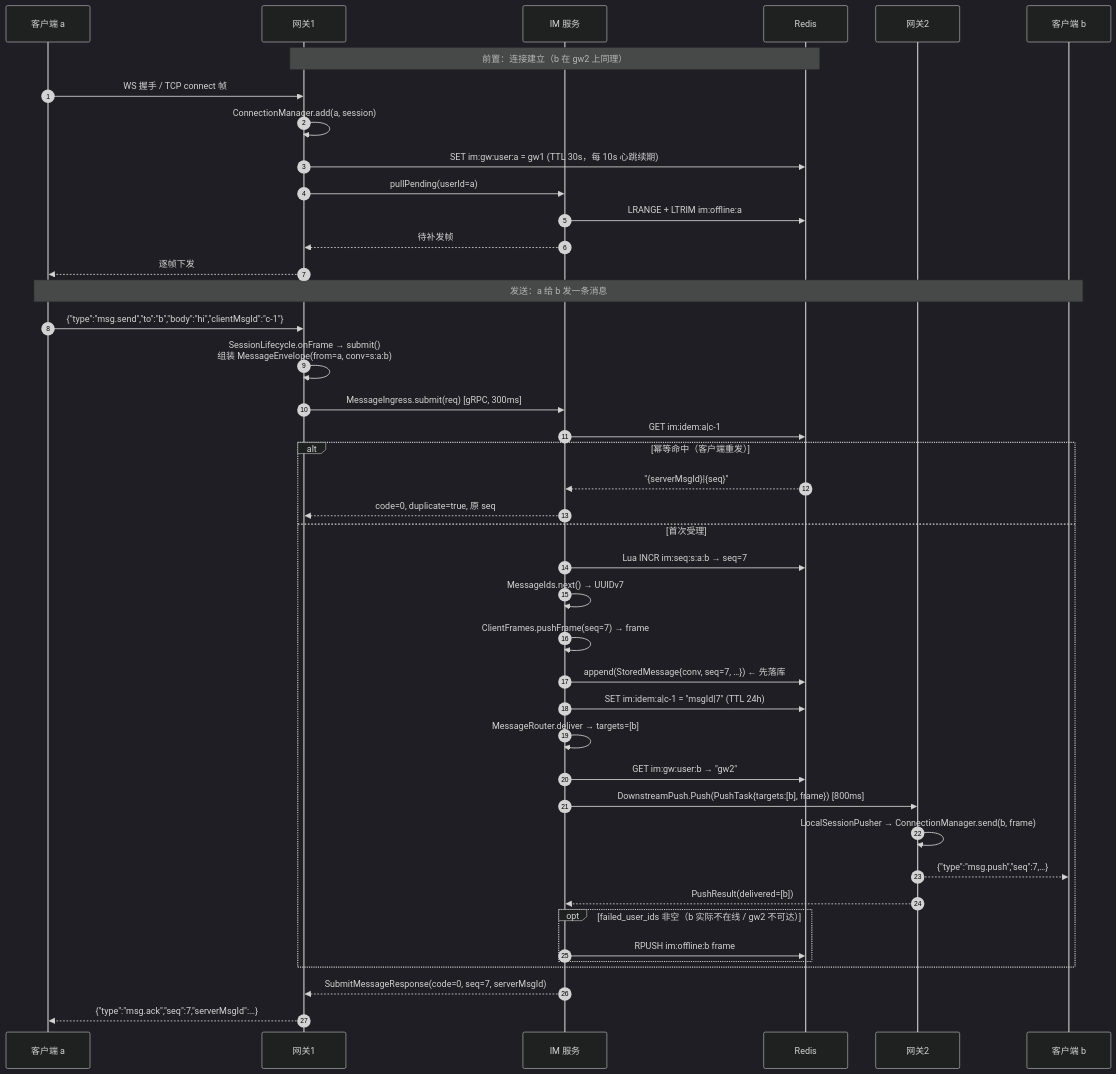
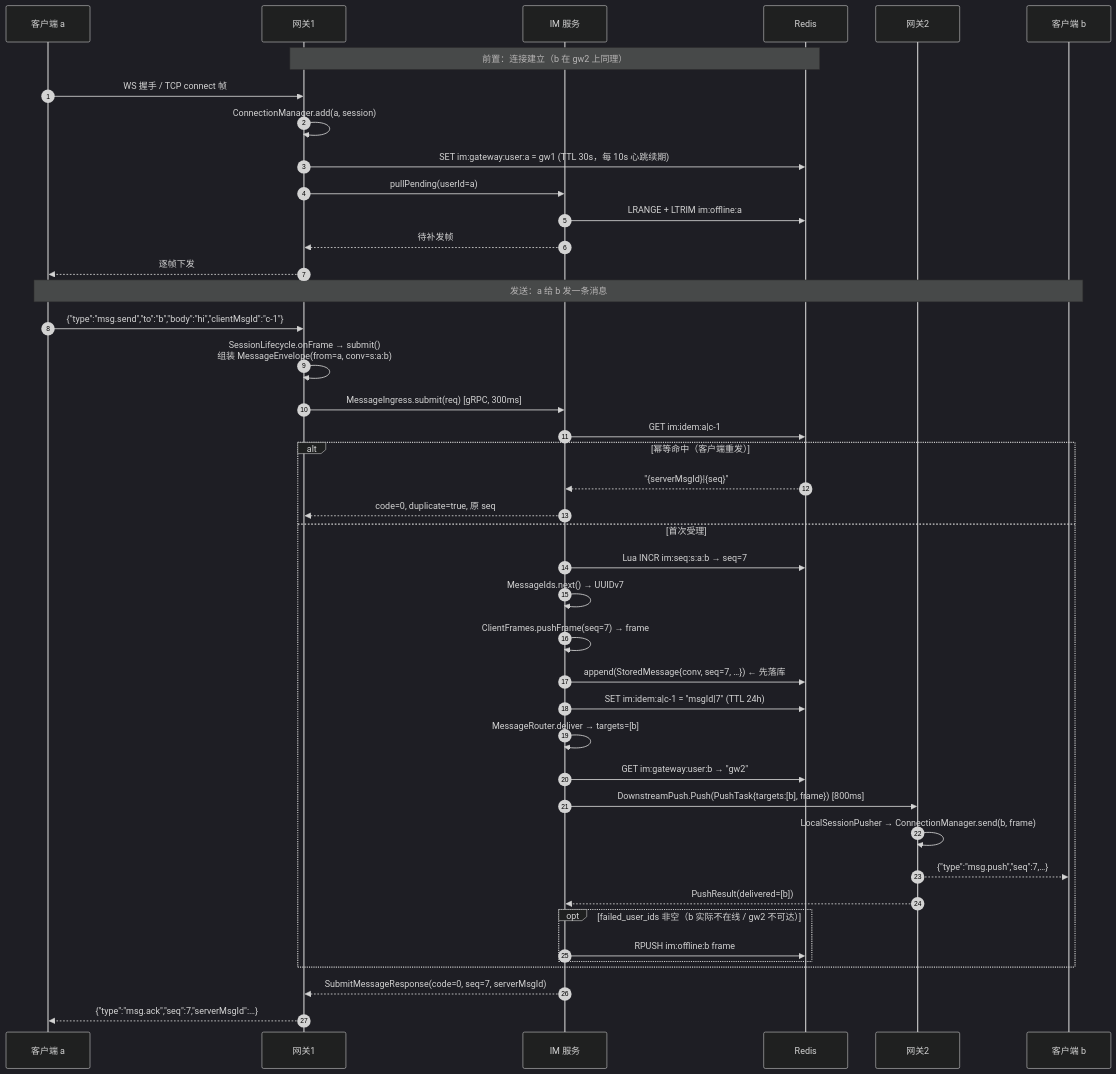
Before and after one commit to zhao-ru-jie/im-cluster: the diagram in docx/消息投递调用流程.md, drawn with Mermaid (dark theme). The commit also changed other lines of this file and 6 other files, not shown here.

Commit message:
refactor: 在线路由 key 统一为 im:gateway:user:（不兼容变更，需一次性切换）

````diff
--- a/docx/消息投递调用流程.md
+++ b/docx/消息投递调用流程.md
@@ -67,46 +67,46 @@
 ```mermaid
 sequenceDiagram
     autonumber
     participant A as 客户端 a
     participant GW1 as 网关1
     participant IM as IM 服务
     participant R as Redis
     participant GW2 as 网关2
     participant B as 客户端 b
 
     Note over GW1,R: 前置：连接建立（b 在 gw2 上同理）
     A->>GW1: WS 握手 / TCP connect 帧
     GW1->>GW1: ConnectionManager.add(a, session)
-    GW1->>R: SET im:gw:user:a = gw1 (TTL 30s，每 10s 心跳续期)
+    GW1->>R: SET im:gateway:user:a = gw1 (TTL 30s，每 10s 心跳续期)
     GW1->>IM: pullPending(userId=a)
     IM->>R: LRANGE + LTRIM im:offline:a
     IM-->>GW1: 待补发帧
     GW1-->>A: 逐帧下发
 
     Note over A,B: 发送：a 给 b 发一条消息
     A->>GW1: {"type":"msg.send","to":"b","body":"hi","clientMsgId":"c-1"}
     GW1->>GW1: SessionLifecycle.onFrame → submit()<br/>组装 MessageEnvelope(from=a, conv=s:a:b)
     GW1->>IM: MessageIngress.submit(req) [gRPC, 300ms]
     IM->>R: GET im:idem:a|c-1
     alt 幂等命中（客户端重发）
         R-->>IM: "{serverMsgId}|{seq}"
         IM-->>GW1: code=0, duplicate=true, 原 seq
     else 首次受理
         IM->>R: Lua INCR im:seq:s:a:b → seq=7
         IM->>IM: MessageIds.next() → UUIDv7
         IM->>IM: ClientFrames.pushFrame(seq=7) → frame
         IM->>R: append(StoredMessage{conv, seq=7, …})  ← 先落库
         IM->>R: SET im:idem:a|c-1 = "msgId|7" (TTL 24h)
         IM->>IM: MessageRouter.deliver → targets=[b]
-        IM->>R: GET im:gw:user:b → "gw2"
+        IM->>R: GET im:gateway:user:b → "gw2"
         IM->>GW2: DownstreamPush.Push(PushTask{targets:[b], frame}) [800ms]
         GW2->>GW2: LocalSessionPusher → ConnectionManager.send(b, frame)
         GW2-->>B: {"type":"msg.push","seq":7,…}
         GW2-->>IM: PushResult(delivered=[b])
         opt failed_user_ids 非空（b 实际不在线 / gw2 不可达）
             IM->>R: RPUSH im:offline:b frame
         end
     end
     IM-->>GW1: SubmitMessageResponse(code=0, seq=7, serverMsgId)
     GW1-->>A: {"type":"msg.ack","seq":7,"serverMsgId":…}
 ```
````
